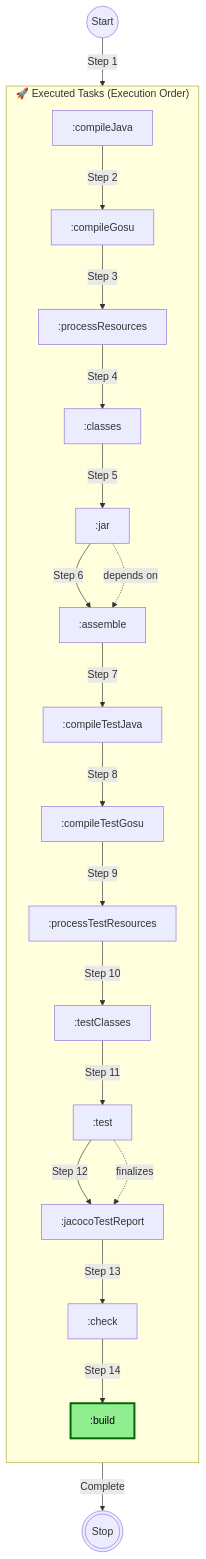
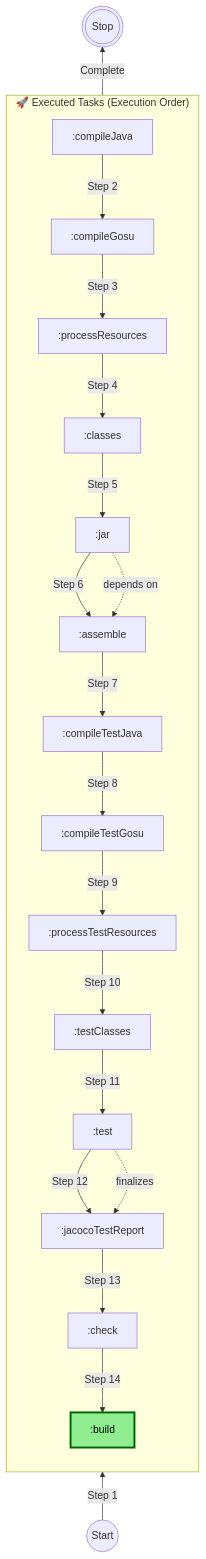
Before and after one commit to olku-if-se/junit.sample: the seventh of 10 diagrams in execution.log.md, drawn with Mermaid. The commit also changed other lines of this file and 2 other files, not shown here.

````diff
--- a/execution.log.md
+++ b/execution.log.md
@@ -442,46 +442,46 @@
 ```mermaid
-flowchart TB
+flowchart BT
     Start@{ shape: circle, label: "Start" }
     Stop@{ shape: dbl-circ, label: "Stop" }
 
     subgraph executed ["🚀 Executed Tasks (Execution Order)"]
         direction TB
         compileJava[":compileJava"]
         compileGosu[":compileGosu"]
         processResources[":processResources"]
         classes[":classes"]
         jar[":jar"]
         assemble[":assemble"]
         compileTestJava[":compileTestJava"]
         compileTestGosu[":compileTestGosu"]
         processTestResources[":processTestResources"]
         testClasses[":testClasses"]
         test[":test"]
         jacocoTestReport[":jacocoTestReport"]
         check[":check"]
         build[":build"]:::requested
     end
 
     Start -->|"Step 1"| compileJava
     compileJava -->|"Step 2"| compileGosu
     compileGosu -->|"Step 3"| processResources
     processResources -->|"Step 4"| classes
     classes -->|"Step 5"| jar
     jar -->|"Step 6"| assemble
     assemble -->|"Step 7"| compileTestJava
     compileTestJava -->|"Step 8"| compileTestGosu
     compileTestGosu -->|"Step 9"| processTestResources
     processTestResources -->|"Step 10"| testClasses
     testClasses -->|"Step 11"| test
     test -->|"Step 12"| jacocoTestReport
     jacocoTestReport -->|"Step 13"| check
     check -->|"Step 14"| build
     build -->|"Complete"| Stop
 
     jar -.->|"depends on"| assemble
     test -.->|"finalizes"| jacocoTestReport
 
     %% Styling
     classDef requested fill:#90EE90,stroke:#006400,stroke-width:3px,color:#000000
     classDef available fill:#F0F0F0,stroke:#808080,stroke-width:1px,color:#666666
 ```
````
